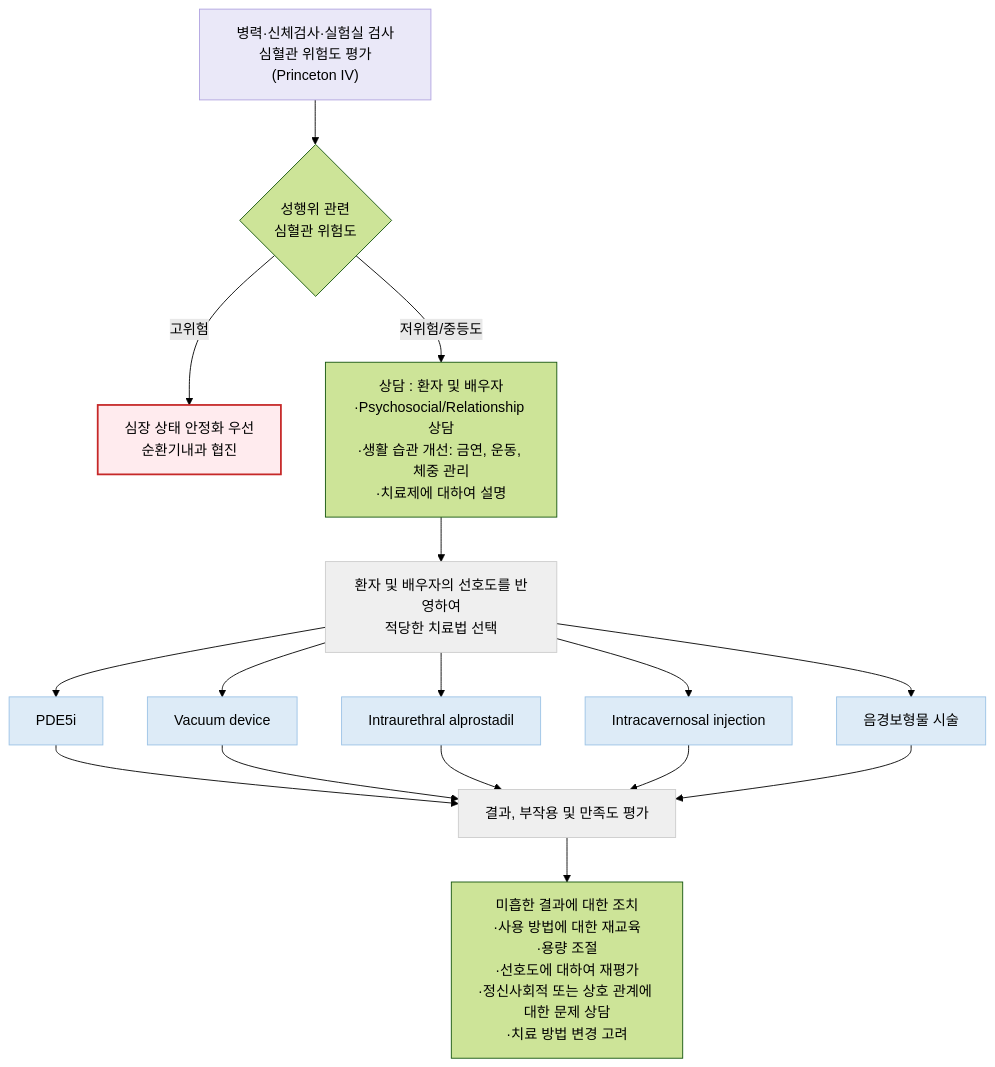
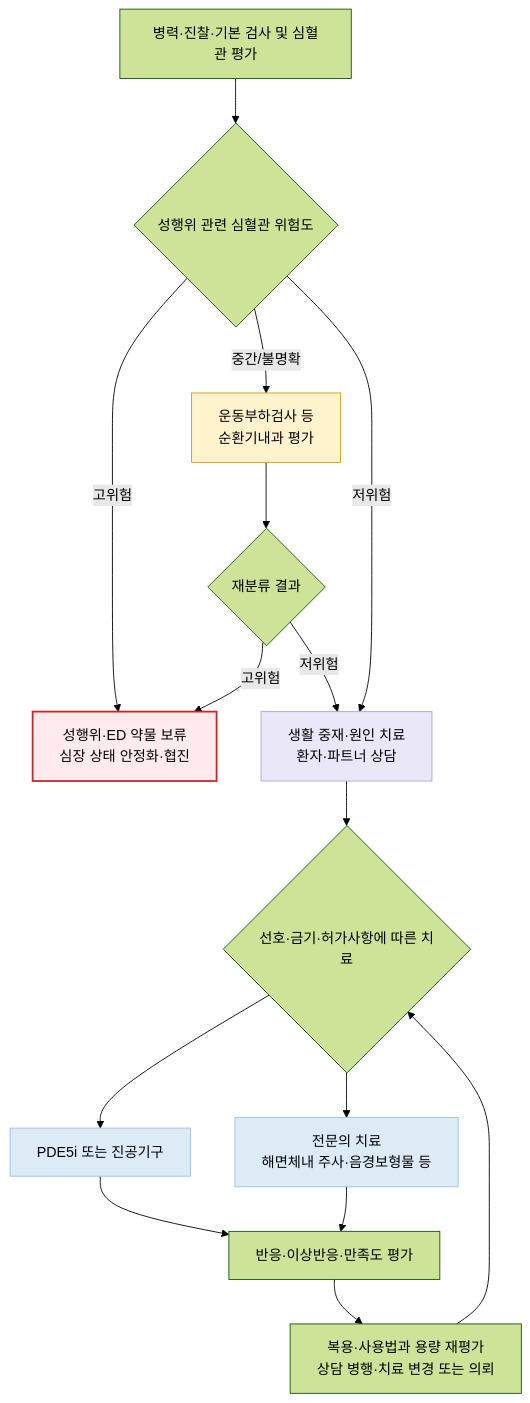
Before and after one commit to familyoh77/familyoh77: the diagram in 227_/132_-sexual-dysfunction.md, drawn with Mermaid (forest theme). The commit also changed other lines of this file and 3 other files, not shown here.

````diff
--- a/227_/132_-sexual-dysfunction.md
+++ b/227_/132_-sexual-dysfunction.md
@@ -116,32 +120,22 @@
 ```mermaid
 flowchart TD
-    A["병력·신체검사·실험실 검사<br>심혈관 위험도 평가(Princeton IV)"] --> B{"성행위 관련<br>심혈관 위험도"}
-    B -->|고위험| B1["심장 상태 안정화 우선<br>순환기내과 협진"]
-    B -->|저위험/중등도| C["상담 : 환자 및 배우자<br>·Psychosocial/Relationship 상담<br>·생활 습관 개선: 금연, 운동, 체중 관리<br>·치료제에 대하여 설명"]
-
-    C --> D["환자 및 배우자의 선호도를 반영하여<br>적당한 치료법 선택"]
-
-    D --> E1["PDE5i"]
-    D --> E2["Vacuum device"]
-    D --> E3["Intraurethral alprostadil"]
-    D --> E4["Intracavernosal injection"]
-    D --> E5["음경보형물 시술"]
-
-    E1 --> F["결과, 부작용 및 만족도 평가"]
-    E2 --> F
-    E3 --> F
-    E4 --> F
-    E5 --> F
-
-    F --> G["미흡한 결과에 대한 조치<br>·사용 방법에 대한 재교육<br>·용량 조절<br>·선호도에 대하여 재평가<br>·정신사회적 또는 상호 관계에 대한 문제 상담<br>·치료 방법 변경 고려"]
-
-    style B1 fill:#ffebee,stroke:#c62828,stroke-width:2px
-    style A fill:#EAE8F8,stroke:#B0A3E0
-    style D fill:#EFEFEF,stroke:#CCCCCC
-    style F fill:#EFEFEF,stroke:#CCCCCC
-    style E1 fill:#DDEBF7,stroke:#9BC2E6
-    style E2 fill:#DDEBF7,stroke:#9BC2E6
-    style E3 fill:#DDEBF7,stroke:#9BC2E6
-    style E4 fill:#DDEBF7,stroke:#9BC2E6
-    style E5 fill:#DDEBF7,stroke:#9BC2E6
+    A["병력·진찰·기본 검사 및 심혈관 평가"] --> B{"성행위 관련 심혈관 위험도"}
+    B -->|고위험| H["성행위·ED 약물 보류<br>심장 상태 안정화·협진"]
+    B -->|중간/불명확| I["운동부하검사 등<br>순환기내과 평가"]
+    I --> J{"재분류 결과"}
+    J -->|고위험| H
+    J -->|저위험| C
+    B -->|저위험| C["생활 중재·원인 치료<br>환자·파트너 상담"]
+    C --> D{"선호·금기·허가사항에 따른 치료"}
+    D --> E["PDE5i 또는 진공기구"]
+    D --> K["전문의 치료<br>해면체내 주사·음경보형물 등"]
+    E --> F["반응·이상반응·만족도 평가"]
+    K --> F
+    F --> G["복용·사용법과 용량 재평가<br>상담 병행·치료 변경 또는 의뢰"]
+    G --> D
+    style H fill:#ffebee,stroke:#c62828,stroke-width:2px
+    style I fill:#fff3cd,stroke:#d39e00
+    style C fill:#EAE8F8,stroke:#B0A3E0
+    style E fill:#DDEBF7,stroke:#9BC2E6
+    style K fill:#DDEBF7,stroke:#9BC2E6
 ```
````
